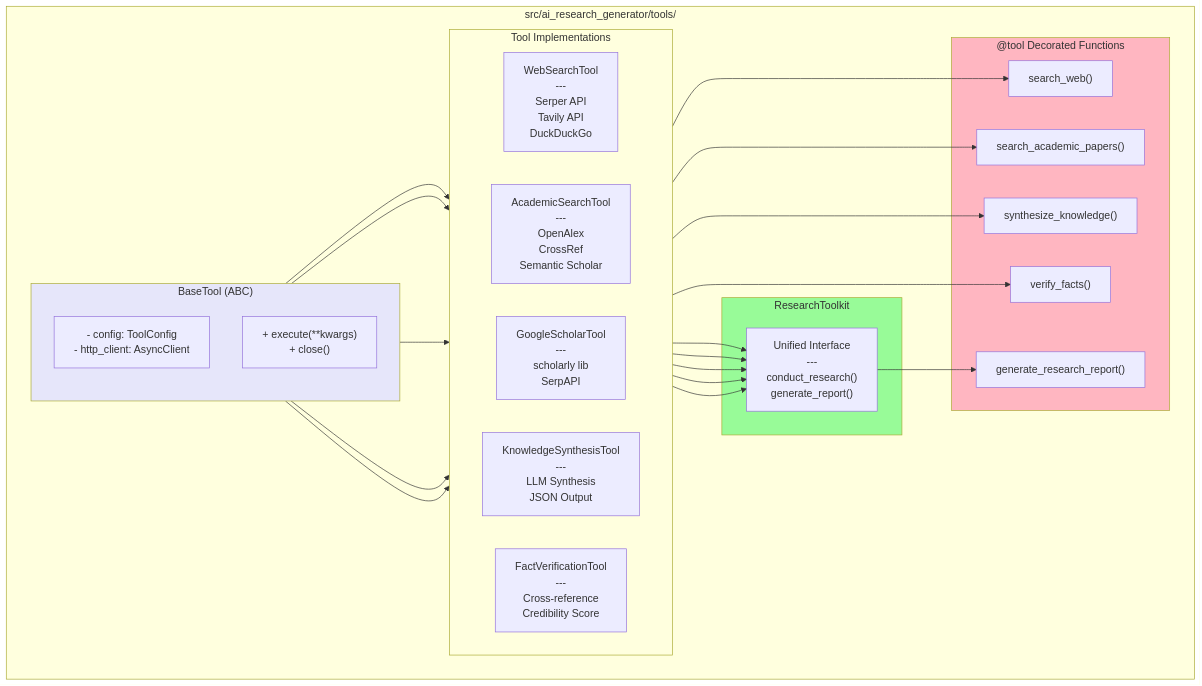
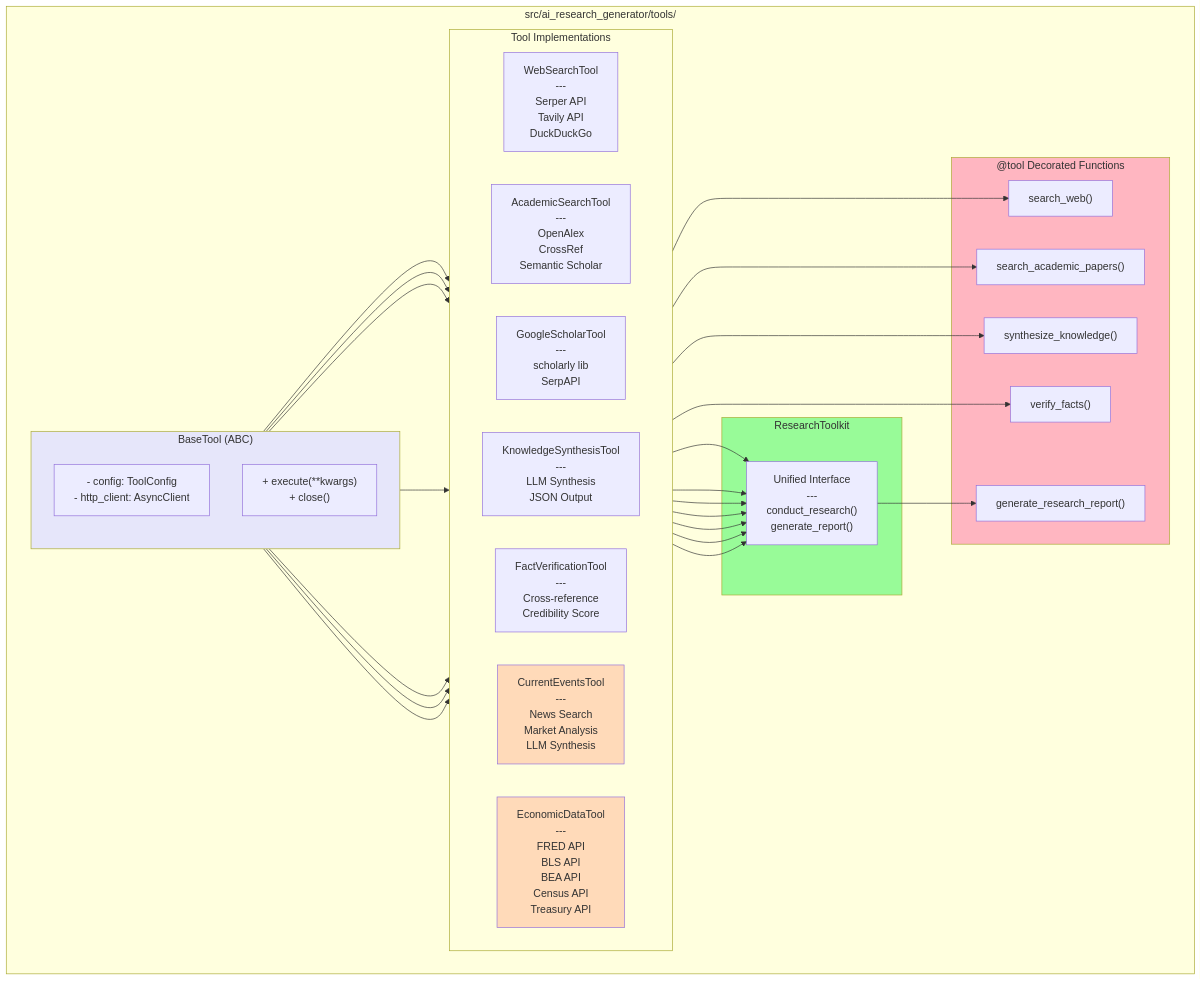
Before and after one commit to devin-patterson/ai-research-project-generator: the fourth of 5 diagrams in docs/ARCHITECTURE.md, drawn with Mermaid. The commit also changed other lines of this file and 13 other files, not shown here.

First line of the commit message:
feat: Add 3-layer RAG and caching architecture (v2.3)

````diff
--- a/docs/ARCHITECTURE.md
+++ b/docs/ARCHITECTURE.md
@@ -239,6 +265,20 @@
 ---
 Cross-reference
 Credibility Score"]
+            
+            EVENTS["CurrentEventsTool
+---
+News Search
+Market Analysis
+LLM Synthesis"]
+            
+            ECON["EconomicDataTool
+---
+FRED API
+BLS API
+BEA API
+Census API
+Treasury API"]
         end
         
         subgraph Toolkit["ResearchToolkit"]
@@ -262,12 +302,16 @@
     BaseTool --> SCHOLAR
     BaseTool --> SYNTH
     BaseTool --> VERIFY
+    BaseTool --> EVENTS
+    BaseTool --> ECON
     
     WEB --> TK
     ACADEMIC --> TK
     SCHOLAR --> TK
     SYNTH --> TK
     VERIFY --> TK
+    EVENTS --> TK
+    ECON --> TK
     
     WEB --> LG1
     ACADEMIC --> LG2
@@ -278,4 +322,6 @@
     style BaseTool fill:#E6E6FA
     style Toolkit fill:#98FB98
     style LangGraphTools fill:#FFB6C1
+    style EVENTS fill:#FFDAB9
+    style ECON fill:#FFDAB9
 ```
````
